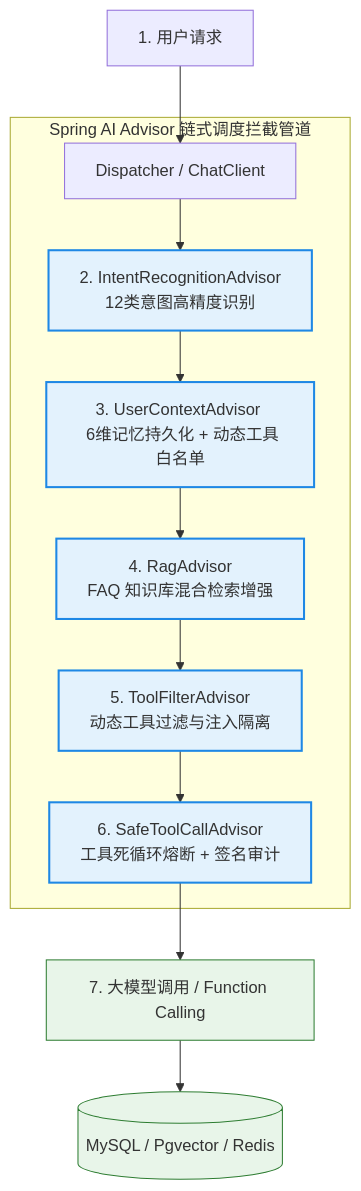
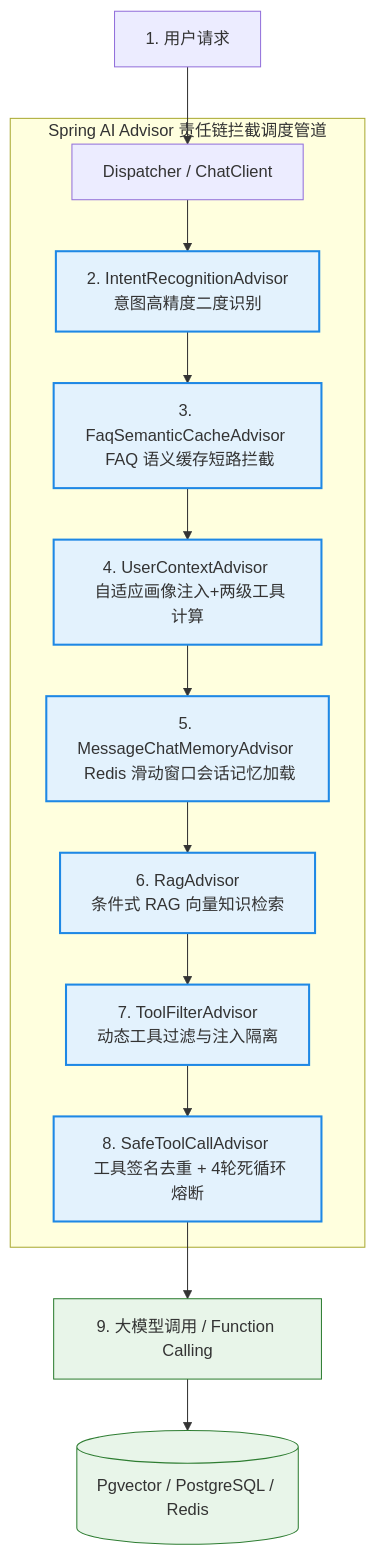
The first of 2 diagrams in docs/八股文/5. AI 应用开发/1. AI 应用开发面试总览.md (weiqiang612/Ethan_Notes), drawn with Mermaid before and after one commit. The commit also changed other lines of this file and 26 other files, not shown here.

````diff
--- a/docs/八股文/5. AI 应用开发/1. AI 应用开发面试总览.md
+++ b/docs/八股文/5. AI 应用开发/1. AI 应用开发面试总览.md
@@ -28,18 +28,20 @@
 ```mermaid
 graph TD
     classDef advisor fill:#e3f2fd,stroke:#1e88e5,stroke-width:2px;
     classDef component fill:#e8f5e9,stroke:#2e7d32,stroke-width:1px;
 
     UserRequest[1. 用户请求] --> DS[Dispatcher / ChatClient]
     
-    subgraph Spring AI Advisor 链式调度拦截管道
-        DS --> IA[2. IntentRecognitionAdvisor <br> 12类意图高精度识别]:::advisor
-        IA --> UA[3. UserContextAdvisor <br> 6维记忆持久化 + 动态工具白名单]:::advisor
-        UA --> RA[4. RagAdvisor <br> FAQ 知识库混合检索增强]:::advisor
-        RA --> TA[5. ToolFilterAdvisor <br> 动态工具过滤与注入隔离]:::advisor
-        TA --> SA[6. SafeToolCallAdvisor <br> 工具死循环熔断 + 签名审计]:::advisor
+    subgraph Spring AI Advisor 责任链拦截调度管道
+        DS --> IA[2. IntentRecognitionAdvisor <br> 意图高精度二度识别]:::advisor
+        IA --> FA[3. FaqSemanticCacheAdvisor <br> FAQ 语义缓存短路拦截]:::advisor
+        FA --> UA[4. UserContextAdvisor <br> 自适应画像注入+两级工具计算]:::advisor
+        UA --> MA[5. MessageChatMemoryAdvisor <br> Redis 滑动窗口会话记忆加载]:::advisor
+        MA --> RA[6. RagAdvisor <br> 条件式 RAG 向量知识检索]:::advisor
+        RA --> TA[7. ToolFilterAdvisor <br> 动态工具过滤与注入隔离]:::advisor
+        TA --> SA[8. SafeToolCallAdvisor <br> 工具签名去重 + 4轮死循环熔断]:::advisor
     end
 
-    SA --> LLM[7. 大模型调用 / Function Calling]:::component
-    LLM --> Database[(MySQL / Pgvector / Redis)]:::component
+    SA --> LLM[9. 大模型调用 / Function Calling]:::component
+    LLM --> Database[(Pgvector / PostgreSQL / Redis)]:::component
 ```
````
